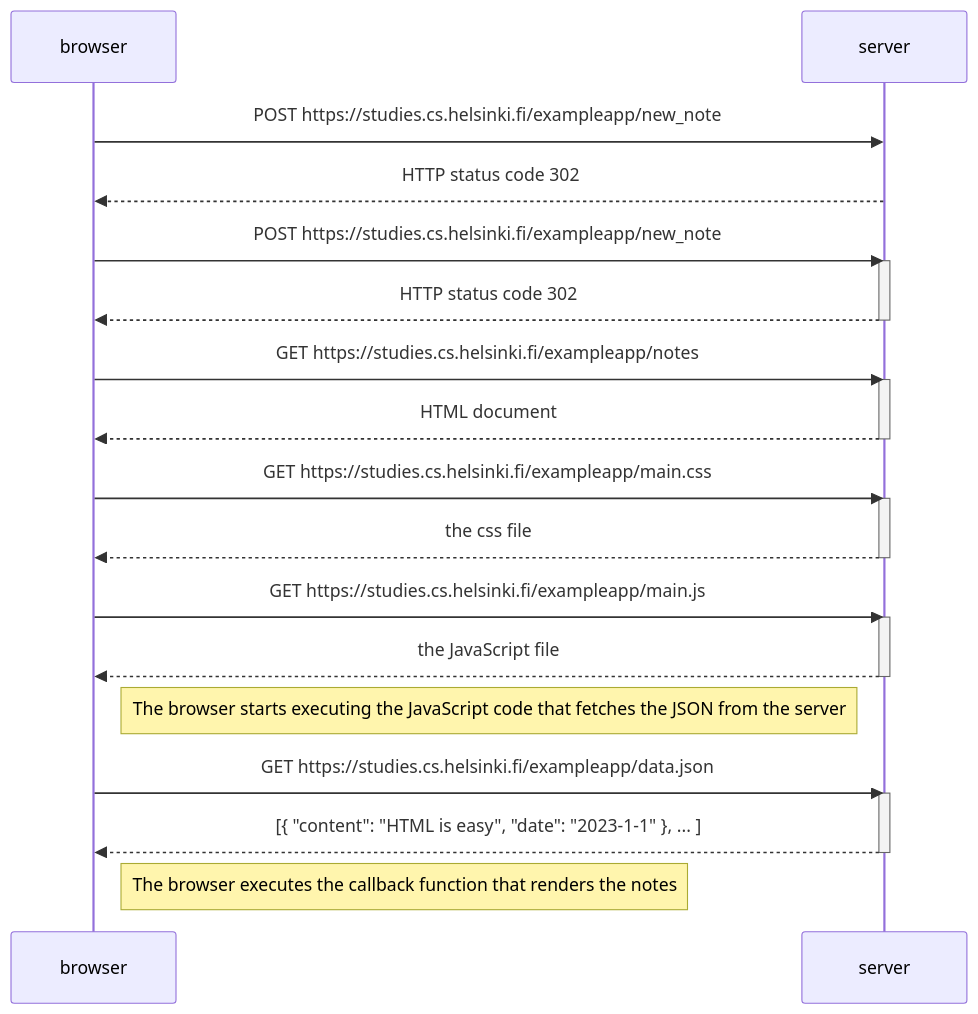
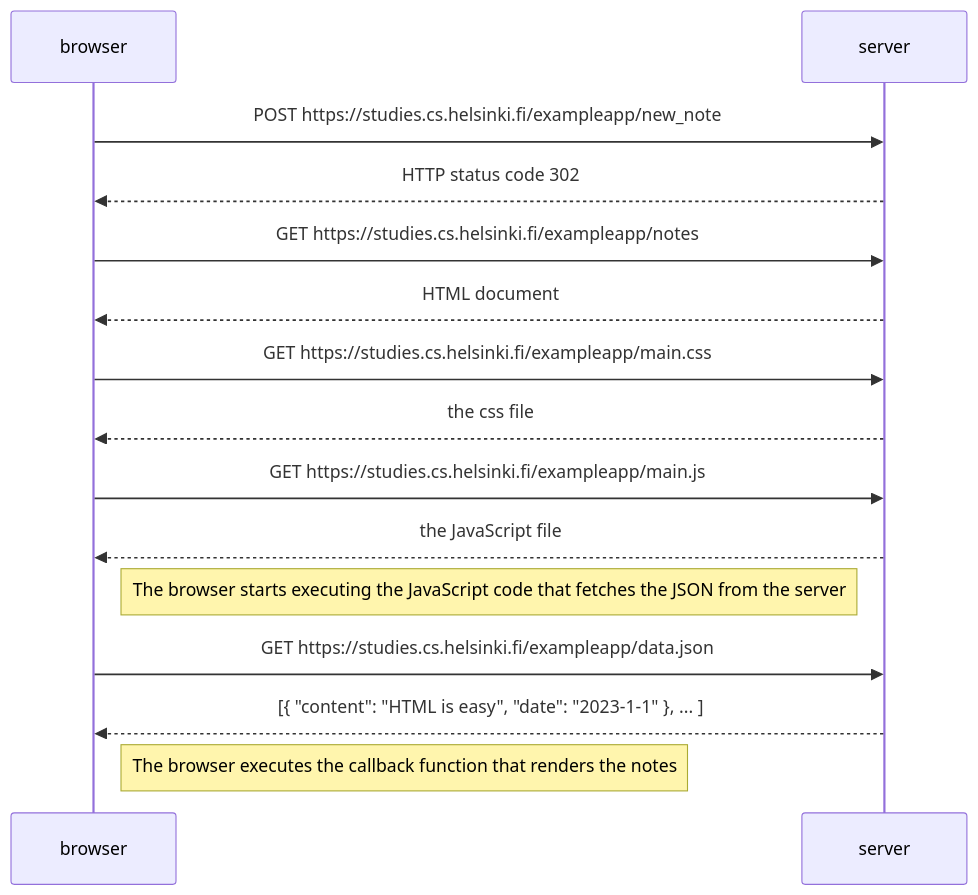
Before and after one commit to fecfecfec/fullstackopen-helsinki: the diagram in part0/04.md, drawn with Mermaid.

Commit message:
Remove deactivate server comments.

````diff
--- a/part0/04.md
+++ b/part0/04.md
@@ -1,37 +1,24 @@
 ```mermaid
 sequenceDiagram
     participant browser
     participant server
 
     browser->>server: POST https://studies.cs.helsinki.fi/exampleapp/new_note
     server-->>browser: HTTP status code 302
 
-    browser->>server: POST https://studies.cs.helsinki.fi/exampleapp/new_note
-    activate server
-    server-->>browser: HTTP status code 302
-    deactivate server
-
     browser->>server: GET https://studies.cs.helsinki.fi/exampleapp/notes
-    activate server
     server-->>browser: HTML document
-    deactivate server
 
     browser->>server: GET https://studies.cs.helsinki.fi/exampleapp/main.css
-    activate server
     server-->>browser: the css file
-    deactivate server
 
     browser->>server: GET https://studies.cs.helsinki.fi/exampleapp/main.js
-    activate server
     server-->>browser: the JavaScript file
-    deactivate server
 
     Note right of browser: The browser starts executing the JavaScript code that fetches the JSON from the server
 
     browser->>server: GET https://studies.cs.helsinki.fi/exampleapp/data.json
-    activate server
     server-->>browser: [{ "content": "HTML is easy", "date": "2023-1-1" }, ... ]
-    deactivate server
 
     Note right of browser: The browser executes the callback function that renders the notes
 ```
````
